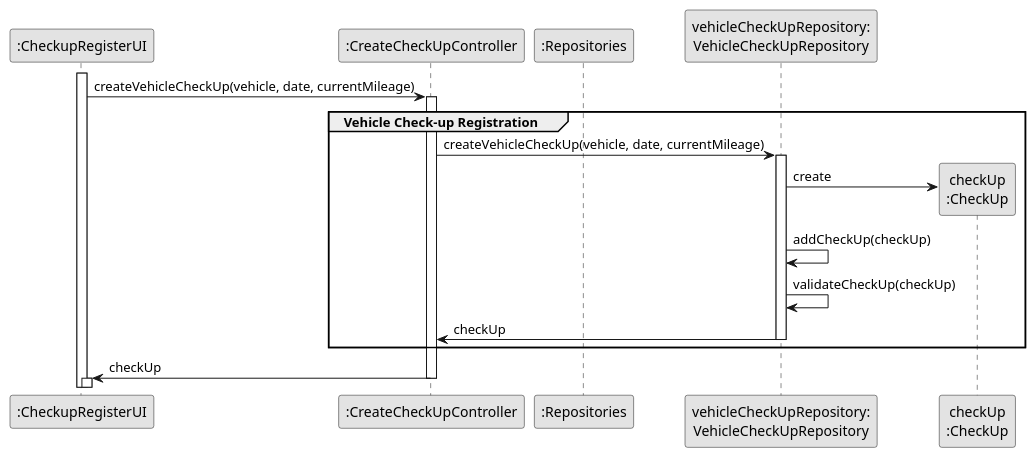
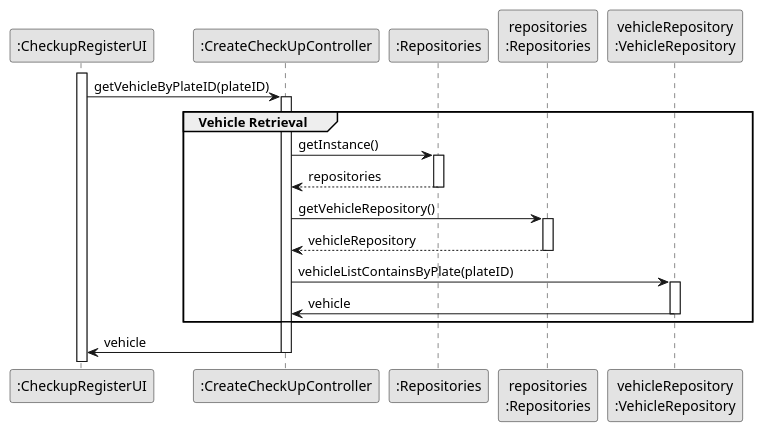
One commit to SAEmanuel/Green_Spaces_Management_ISEP changed the diagram in docs/sprintB/us007/03.design/puml/us007-sequence-diagram-partial-vehicle-retrieval.puml. Above: the diagram before and after it, drawn with PlantUML. The commit also changed 31 other files, not shown here.

```diff
--- a/docs/sprintB/us007/03.design/puml/us007-sequence-diagram-partial-vehicle-retrieval.puml
+++ b/docs/sprintB/us007/03.design/puml/us007-sequence-diagram-partial-vehicle-retrieval.puml
@@ -1,39 +1,43 @@
 @startuml
 skinparam monochrome true
 skinparam packageStyle rectangle
 skinparam shadowing false
 
 participant ":CheckupRegisterUI" as UI
 participant ":CreateCheckUpController" as CTRL
 participant ":Repositories" as RepositorySingleton
-participant "vehicleCheckUpRepository:\nVehicleCheckUpRepository" as VehicleCheckUpRepository
-participant "checkUp\n:CheckUp" as CHECKUP
+participant "repositories\n:Repositories" as PLAT
+participant "vehicleRepository\n:VehicleRepository" as vehicleRepository
 
 activate UI
 
-UI -> CTRL : createVehicleCheckUp(vehicle, date, currentMileage)
+UI -> CTRL : getVehicleByPlateID(plateID)
+ group Vehicle Retrieval
+
 activate CTRL
-group Vehicle Check-up Registration
+CTRL -> RepositorySingleton : getInstance()
+activate RepositorySingleton
 
-CTRL -> VehicleCheckUpRepository : createVehicleCheckUp(vehicle, date, currentMileage)
-activate VehicleCheckUpRepository
+RepositorySingleton --> CTRL: repositories
+deactivate RepositorySingleton
 
-VehicleCheckUpRepository -> CHECKUP** : create
-VehicleCheckUpRepository -> VehicleCheckUpRepository : addCheckUp(checkUp)
+CTRL -> PLAT : getVehicleRepository()
+activate PLAT
+
+PLAT --> CTRL: vehicleRepository
+deactivate PLAT
+
+CTRL -> vehicleRepository : vehicleListContainsByPlate(plateID)
+
+activate vehicleRepository
+
+vehicleRepository -> CTRL : vehicle
+deactivate vehicleRepository
+
+end
 
 
- VehicleCheckUpRepository -> VehicleCheckUpRepository : validateCheckUp(checkUp)
-
-VehicleCheckUpRepository -> CTRL : checkUp
-deactivate VehicleCheckUpRepository
-end
-
-deactivate VehicleCheckUpRepository
-
-CTRL -> UI : checkUp
-
-
+CTRL -> UI : vehicle
 deactivate CTRL
-activate UI
 
 @enduml
```
